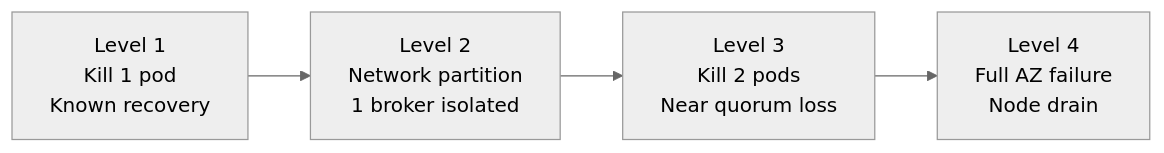
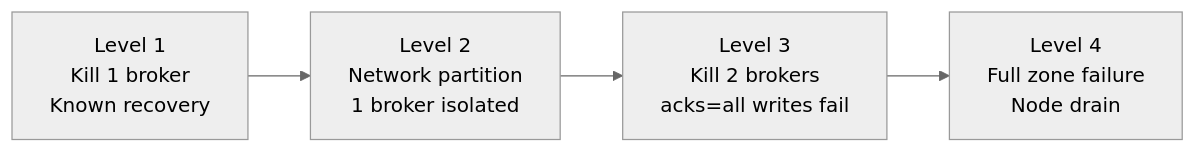
The third of 8 diagrams in docs/book/06-chaos-theory.md (bmscomp/kates), drawn with Mermaid (neutral theme) before and after one commit. The commit also changed other lines of this file and 2 other files, not shown here.

````diff
--- a/docs/book/06-chaos-theory.md
+++ b/docs/book/06-chaos-theory.md
@@ -119,4 +121,7 @@
 ```mermaid
+%%| label: fig-chaos-escalation
+%%| fig-cap: "Escalate one rung at a time: from one broker with a known recovery, to two brokers, to a whole zone."
+%%| fig-alt: "Four levels left to right. Level 1: kill 1 broker, with a known recovery. Level 2: a network partition that isolates 1 broker. Level 3: kill 2 brokers, where acks=all writes fail. Level 4: a full zone failure, by node drain."
 graph LR
-    L1["Level 1<br/>Kill 1 pod<br/>Known recovery"] --> L2["Level 2<br/>Network partition<br/>1 broker isolated"] --> L3["Level 3<br/>Kill 2 pods<br/>Near quorum loss"] --> L4["Level 4<br/>Full AZ failure<br/>Node drain"]
+    L1["Level 1<br/>Kill 1 broker<br/>Known recovery"] --> L2["Level 2<br/>Network partition<br/>1 broker isolated"] --> L3["Level 3<br/>Kill 2 brokers<br/>acks=all writes fail"] --> L4["Level 4<br/>Full zone failure<br/>Node drain"]
 ```
````
